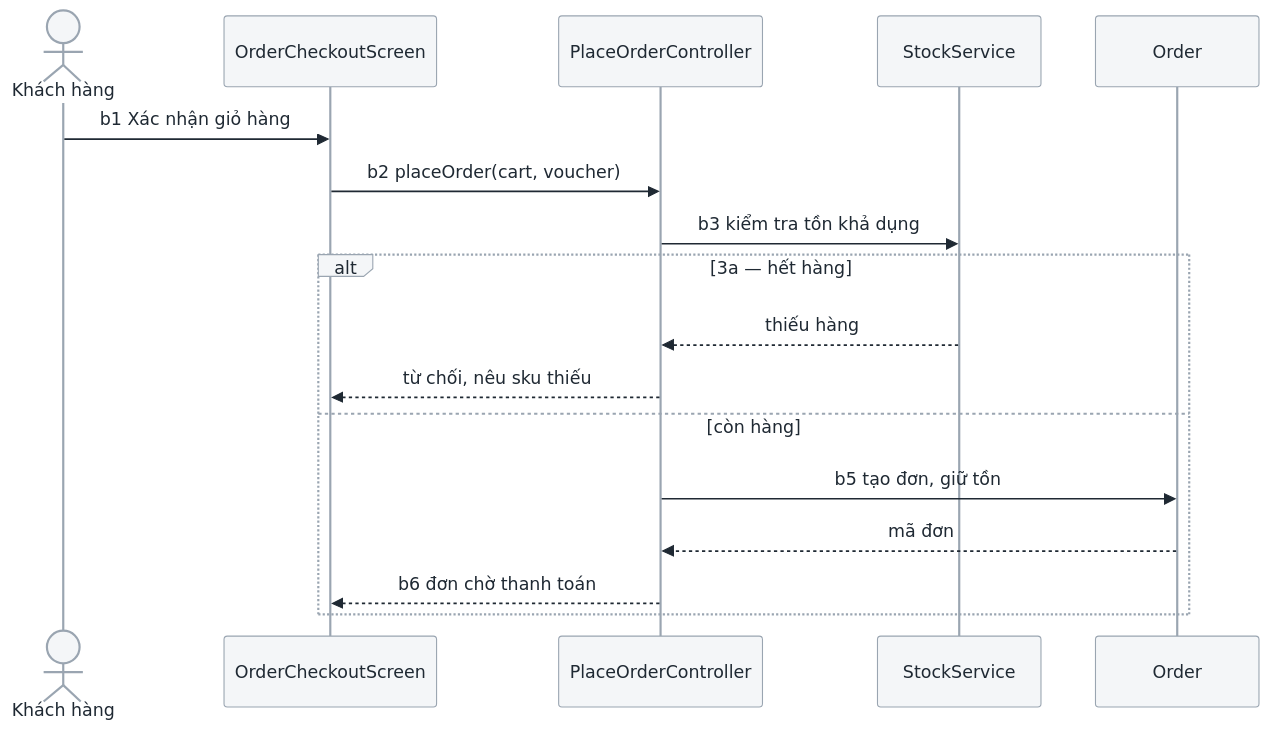
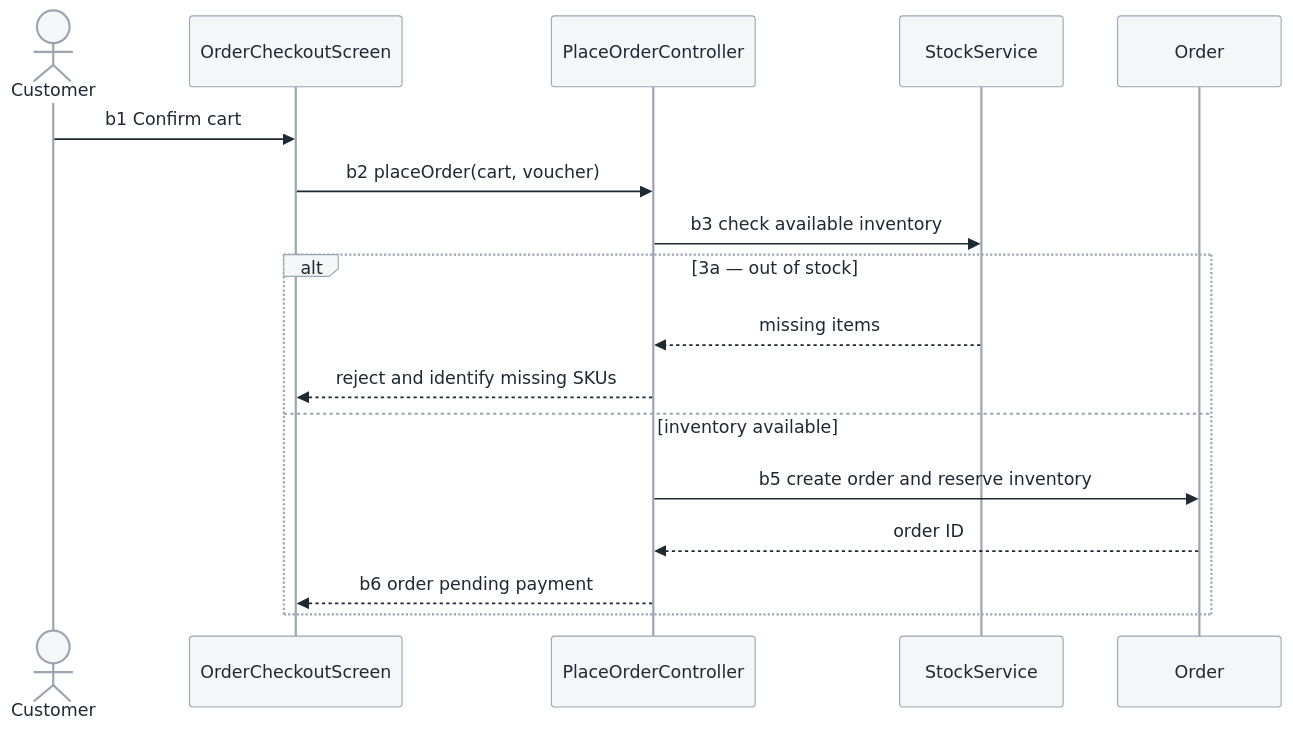
One commit to edwintruong/skills changed the diagram in references/3.2-sequence-diagrams.md. Above: the diagram before and after it, drawn with Mermaid. The commit also changed other lines of this file and 25 other files, not shown here.

````diff
--- a/references/3.2-sequence-diagrams.md
+++ b/references/3.2-sequence-diagrams.md
@@ -95,21 +95,21 @@
 ```mermaid
 %%{init: {'theme':'base','themeVariables':{'primaryColor':'#f4f6f8','primaryTextColor':'#1f2933','primaryBorderColor':'#9aa5b1','lineColor':'#7b8794','fontFamily':'ui-sans-serif, system-ui, sans-serif','fontSize':'14px'}}}%%
 sequenceDiagram
-    actor KH as Khách hàng
+    actor KH as Customer
     participant UI as OrderCheckoutScreen
     participant C as PlaceOrderController
     participant S as StockService
     participant O as Order
 
-    KH->>UI: b1 Xác nhận giỏ hàng
+    KH->>UI: b1 Confirm cart
     UI->>C: b2 placeOrder(cart, voucher)
-    C->>S: b3 kiểm tra tồn khả dụng
-    alt 3a — hết hàng
-        S-->>C: thiếu hàng
-        C-->>UI: từ chối, nêu sku thiếu
-    else còn hàng
-        C->>O: b5 tạo đơn, giữ tồn
-        O-->>C: mã đơn
-        C-->>UI: b6 đơn chờ thanh toán
+    C->>S: b3 check available inventory
+    alt 3a — out of stock
+        S-->>C: missing items
+        C-->>UI: reject and identify missing SKUs
+    else inventory available
+        C->>O: b5 create order and reserve inventory
+        O-->>C: order ID
+        C-->>UI: b6 order pending payment
     end
 ```
````
